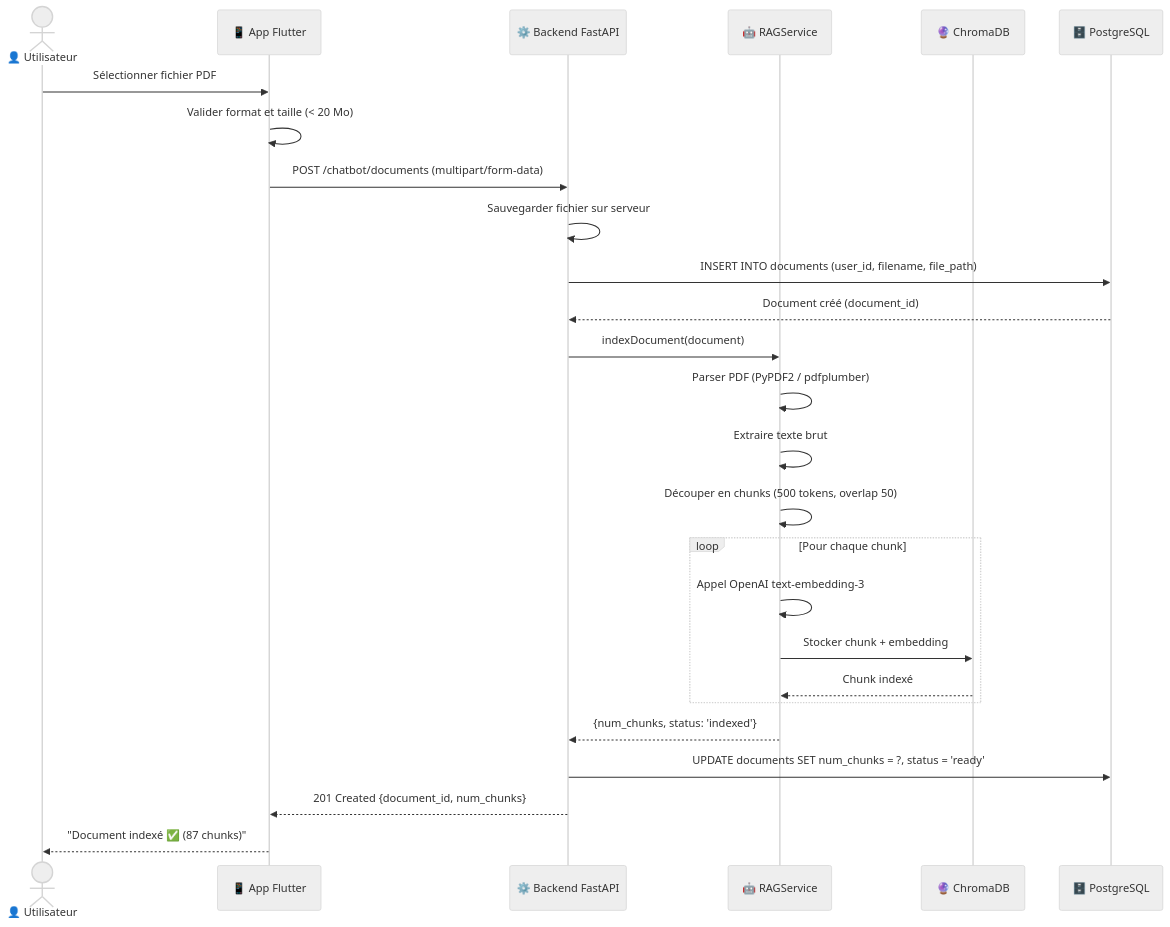
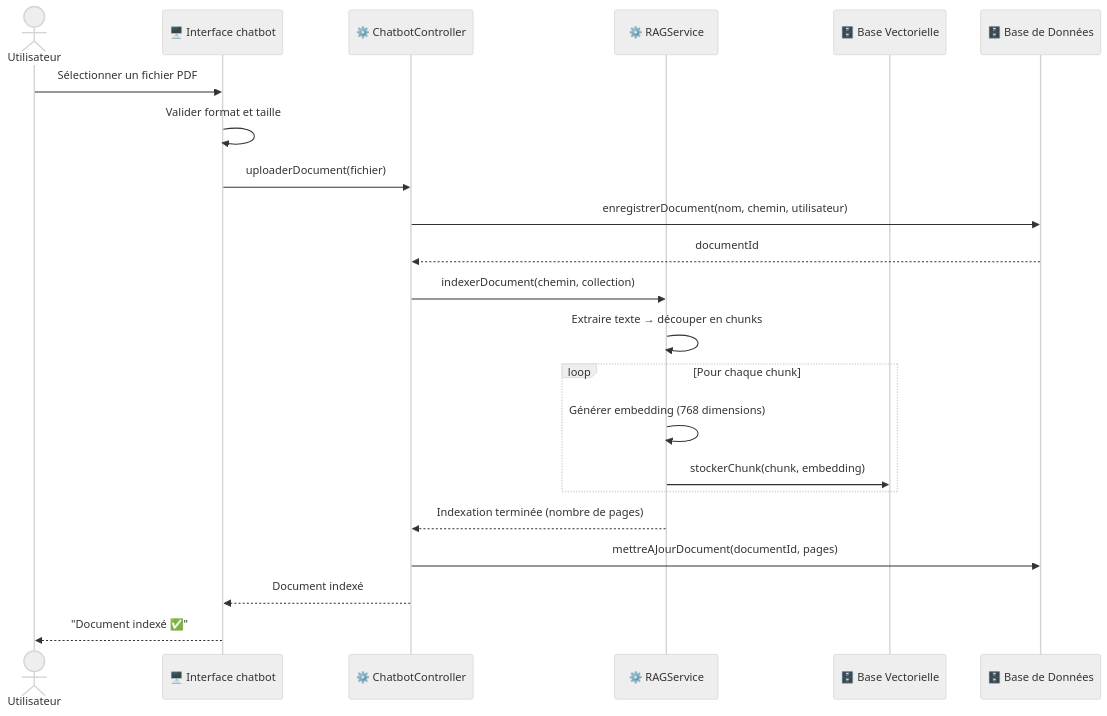
Before and after one commit to Jkacem/smart_focus: the eighth of 16 diagrams in docs/Conception_DiagrammeSequence.md, drawn with Mermaid (neutral theme). The commit also changed other lines of this file and 93 other files, not shown here.

````diff
--- a/docs/Conception_DiagrammeSequence.md
+++ b/docs/Conception_DiagrammeSequence.md
@@ -287,32 +260,27 @@
 ```mermaid
 sequenceDiagram
-    actor User as 👤 Utilisateur
-    participant App as 📱 App Flutter
-    participant API as ⚙️ Backend FastAPI
-    participant RAG as 🤖 RAGService
-    participant Chroma as 🔮 ChromaDB
-    participant DB as 🗄️ PostgreSQL
+    actor Utilisateur
+    participant B as 🖥️ Interface chatbot
+    participant C as ⚙️ ChatbotController
+    participant RAG as ⚙️ RAGService
+    participant EV as 🗄️ Base Vectorielle
+    participant E as 🗄️ Base de Données
 
-    User->>App: Sélectionner fichier PDF
-    App->>App: Valider format et taille (< 20 Mo)
-    App->>API: POST /chatbot/documents (multipart/form-data)
-    API->>API: Sauvegarder fichier sur serveur
-    API->>DB: INSERT INTO documents (user_id, filename, file_path)
-    DB-->>API: Document créé (document_id)
-    
-    API->>RAG: indexDocument(document)
-    RAG->>RAG: Parser PDF (PyPDF2 / pdfplumber)
-    RAG->>RAG: Extraire texte brut
-    RAG->>RAG: Découper en chunks (500 tokens, overlap 50)
-    
+    Utilisateur->>B: Sélectionner un fichier PDF
+    B->>B: Valider format et taille
+    B->>C: uploaderDocument(fichier)
+    C->>E: enregistrerDocument(nom, chemin, utilisateur)
+    E-->>C: documentId
+
+    C->>RAG: indexerDocument(chemin, collection)
+    RAG->>RAG: Extraire texte → découper en chunks
     loop Pour chaque chunk
-        RAG->>RAG: Appel OpenAI text-embedding-3
-        RAG->>Chroma: Stocker chunk + embedding
-        Chroma-->>RAG: Chunk indexé
+        RAG->>RAG: Générer embedding (768 dimensions)
+        RAG->>EV: stockerChunk(chunk, embedding)
     end
-    
-    RAG-->>API: {num_chunks, status: 'indexed'}
-    API->>DB: UPDATE documents SET num_chunks = ?, status = 'ready'
-    API-->>App: 201 Created {document_id, num_chunks}
-    App-->>User: "Document indexé ✅ (87 chunks)"
+
+    RAG-->>C: Indexation terminée (nombre de pages)
+    C->>E: mettreAJourDocument(documentId, pages)
+    C-->>B: Document indexé
+    B-->>Utilisateur: "Document indexé ✅"
 ```
````
